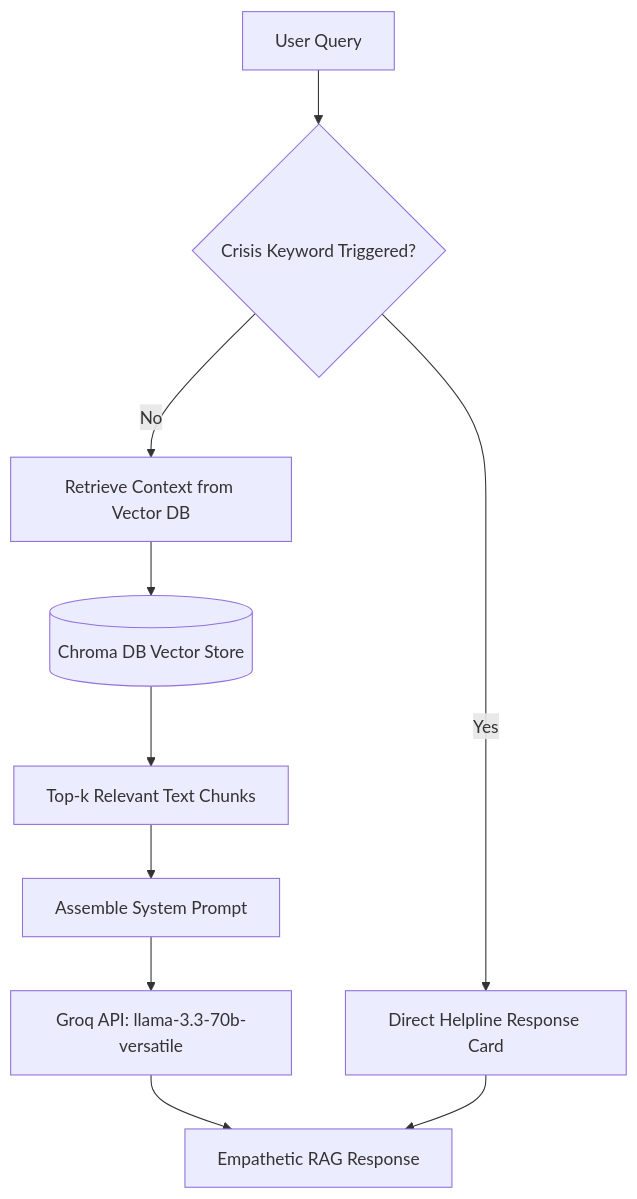
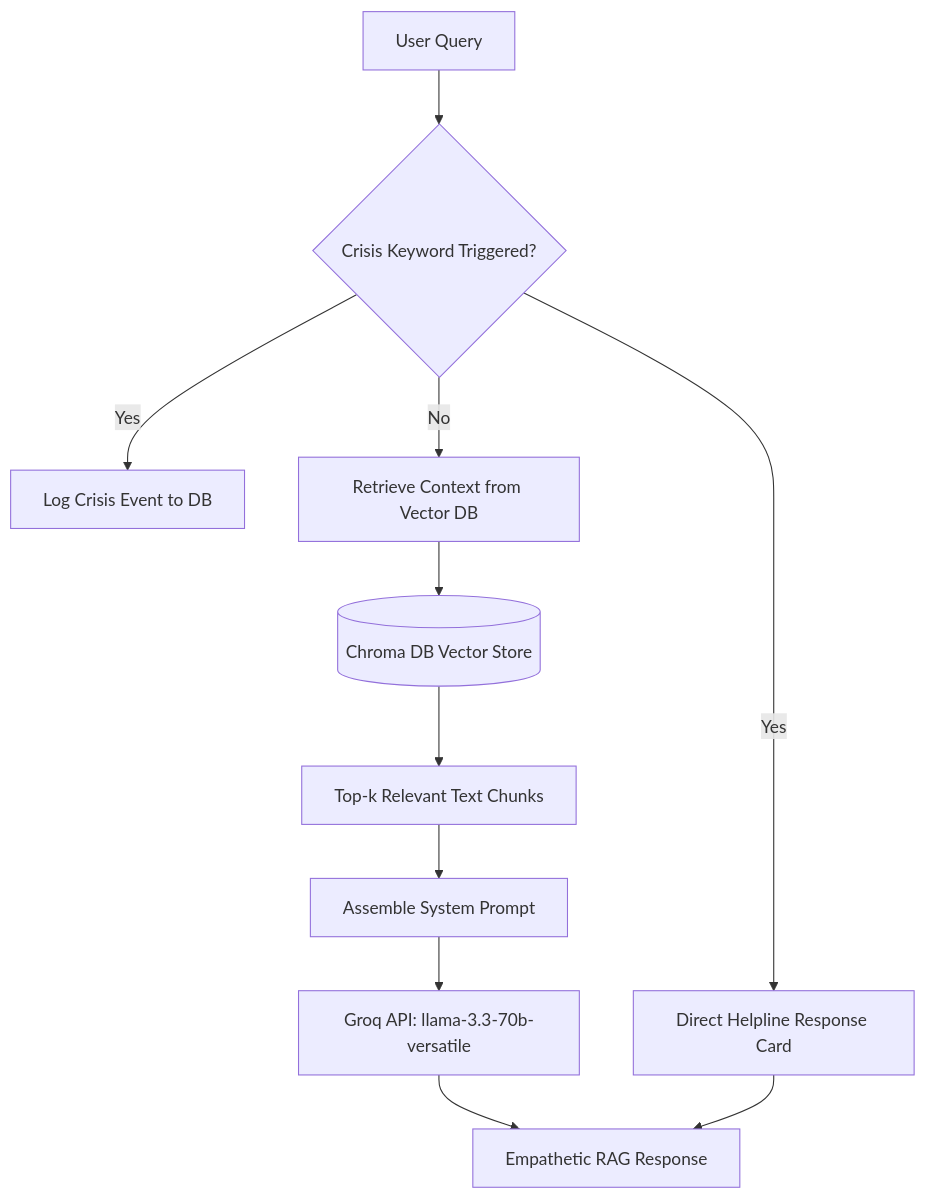
The diagram in docs/detailed_system_documentation.md (sumanroy04/RAG_Chatbot), drawn with Mermaid before and after one commit. The commit also changed other lines of this file and 1 other file, not shown here.

````diff
--- a/docs/detailed_system_documentation.md
+++ b/docs/detailed_system_documentation.md
@@ -147,16 +158,17 @@
 ```mermaid
 graph TD
     UserQuery[User Query] --> SafetyCheck{Crisis Keyword Triggered?}
     
     SafetyCheck -- Yes --> CrisisResponse[Direct Helpline Response Card]
+    SafetyCheck -- Yes --> LogCrisis[Log Crisis Event to DB]
     SafetyCheck -- No --> VectorRetrieve[Retrieve Context from Vector DB]
     
     VectorRetrieve --> ChromaDB[(Chroma DB Vector Store)]
     ChromaDB --> TopKContext[Top-k Relevant Text Chunks]
     
     TopKContext --> PromptAssemble[Assemble System Prompt]
     PromptAssemble --> GroqLLM[Groq API: llama-3.3-70b-versatile]
     
     GroqLLM --> ChatOutput[Empathetic RAG Response]
     CrisisResponse --> ChatOutput
 ```
````
